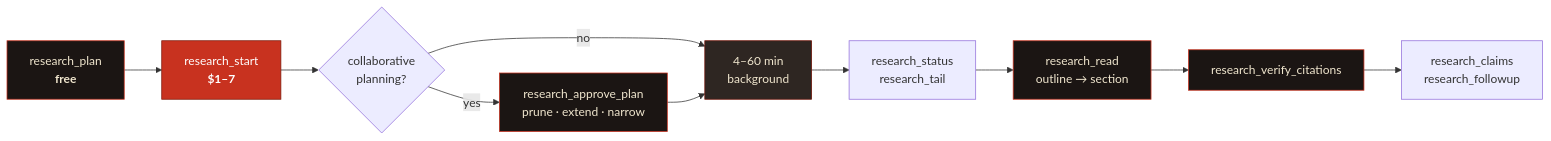
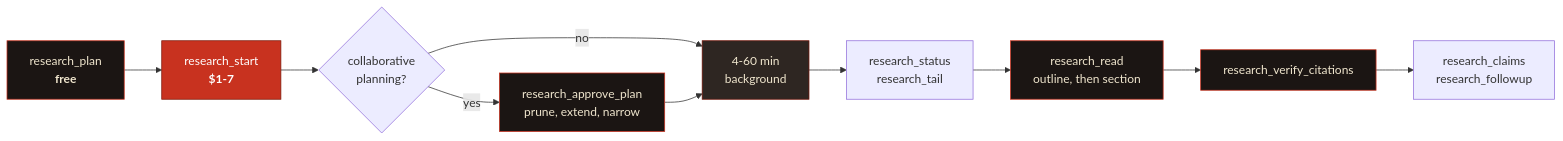
One commit to fledgeling-co/dossier-research-mcp changed the first of 2 diagrams in README.md. Above: the diagram before and after it, drawn with Mermaid. The commit also changed other lines of this file and 6 other files, not shown here.

````diff
--- a/README.md
+++ b/README.md
@@ -41,19 +43,19 @@
 ```mermaid
 flowchart LR
-    A["research_plan<br/><b>free</b>"] --> B["research_start<br/><b>$1–7</b>"]
+    A["research_plan<br/><b>free</b>"] --> B["research_start<br/><b>$1-7</b>"]
     B --> C{"collaborative<br/>planning?"}
-    C -->|yes| D["research_approve_plan<br/>prune · extend · narrow"]
+    C -->|yes| D["research_approve_plan<br/>prune, extend, narrow"]
     C -->|no| E
-    D --> E["4–60 min<br/>background"]
+    D --> E["4-60 min<br/>background"]
     E --> F["research_status<br/>research_tail"]
-    F --> G["research_read<br/>outline → section"]
+    F --> G["research_read<br/>outline, then section"]
     G --> H["research_verify_citations"]
     H --> I["research_claims<br/>research_followup"]
 
     style A fill:#1B1513,stroke:#C8321F,color:#F0E6CE
     style B fill:#C8321F,stroke:#7C1A0B,color:#ffffff
     style D fill:#1B1513,stroke:#C8321F,color:#F0E6CE
     style E fill:#2E2622,stroke:#6E1206,color:#F0E6CE
     style G fill:#1B1513,stroke:#C8321F,color:#F0E6CE
     style H fill:#1B1513,stroke:#C8321F,color:#F0E6CE
 ```
````
